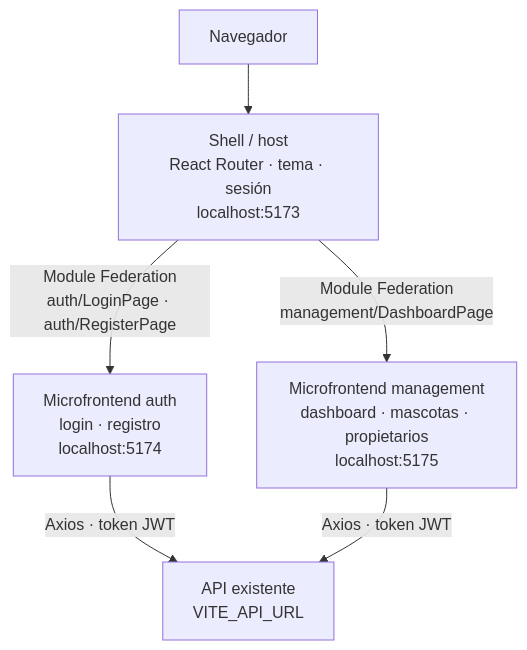
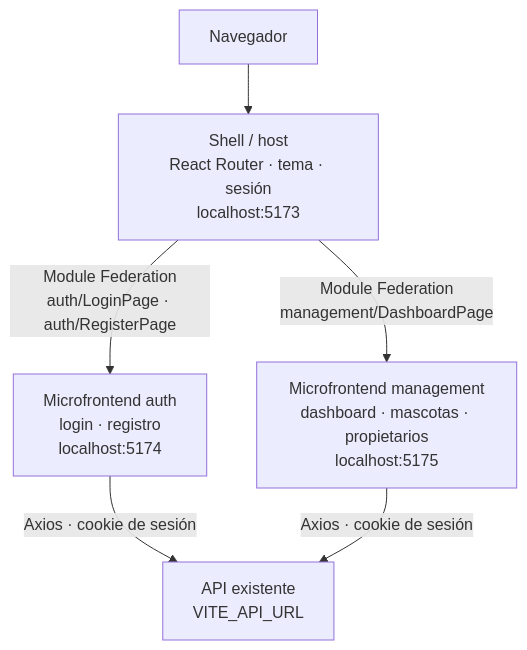
One commit to Umbrabilis/veterinarIA-web changed the first of 3 diagrams in README.md. Above: the diagram before and after it, drawn with Mermaid. The commit also changed other lines of this file and 5 other files, not shown here.

First line of the commit message:
feat(auth): usar la cookie HttpOnly del backend en lugar de guardar el token en localStorage

````diff
--- a/README.md
+++ b/README.md
@@ -112,14 +112,14 @@
 ```mermaid
 flowchart TB
     Browser["Navegador"]
     Shell["Shell / host<br/>React Router · tema · sesión<br/>localhost:5173"]
     Auth["Microfrontend auth<br/>login · registro<br/>localhost:5174"]
     Management["Microfrontend management<br/>dashboard · mascotas · propietarios<br/>localhost:5175"]
     API["API existente<br/>VITE_API_URL"]
 
     Browser --> Shell
     Shell -->|"Module Federation<br/>auth/LoginPage · auth/RegisterPage"| Auth
     Shell -->|"Module Federation<br/>management/DashboardPage"| Management
-    Auth -->|"Axios · token JWT"| API
-    Management -->|"Axios · token JWT"| API
+    Auth -->|"Axios · cookie de sesión"| API
+    Management -->|"Axios · cookie de sesión"| API
 ```
````
